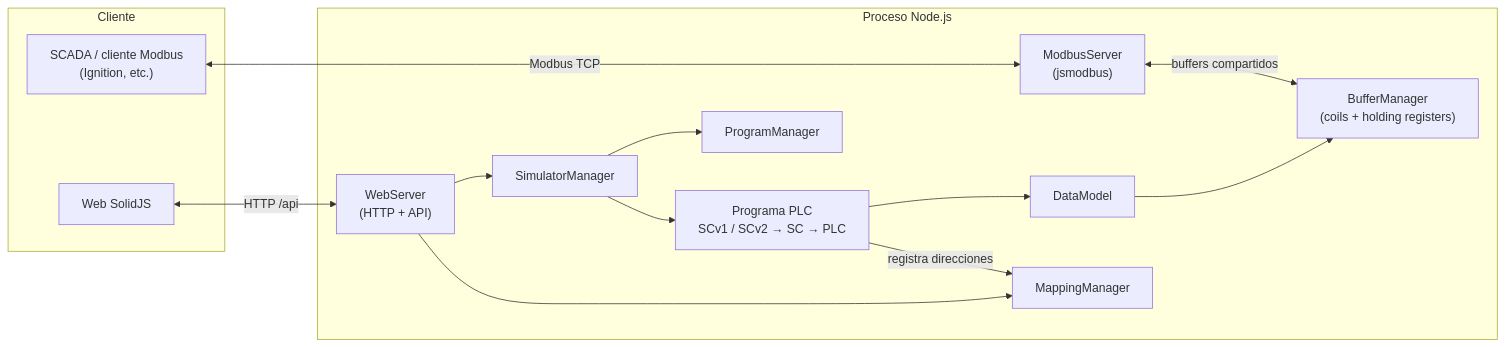
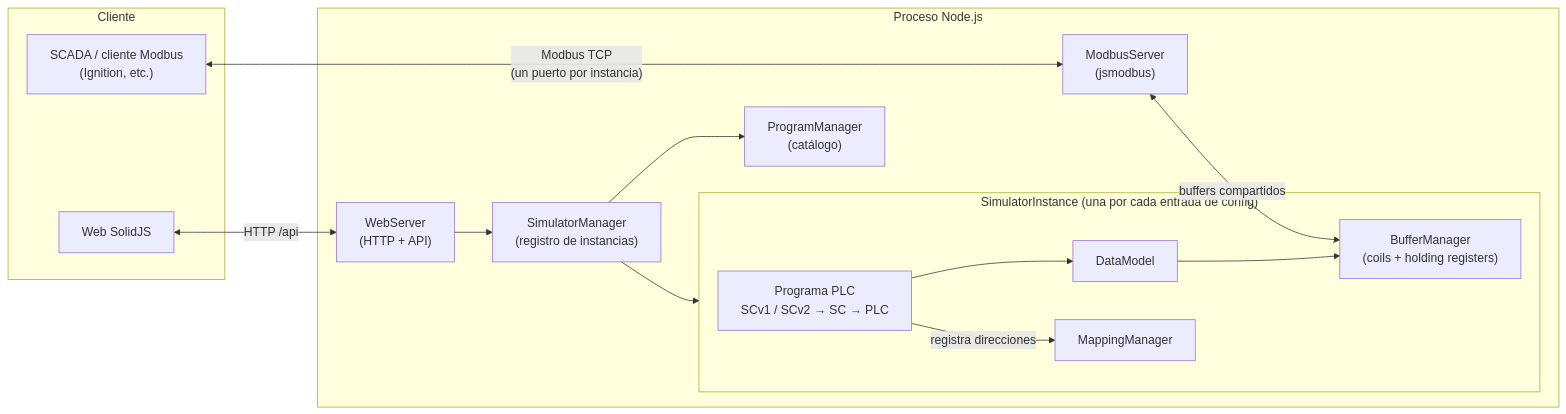
One commit to fissban/Simulador-PLC changed the first of 3 diagrams in README.md. Above: the diagram before and after it, drawn with Mermaid. The commit also changed other lines of this file and 20 other files, not shown here.

First line of the commit message:
feat: soportar múltiples instancias de PLC con servidor Modbus propio

````diff
--- a/README.md
+++ b/README.md
@@ -170,29 +193,30 @@
 ```mermaid
 flowchart LR
     subgraph Cliente
         SCADA["SCADA / cliente Modbus<br/>(Ignition, etc.)"]
         UI["Web SolidJS"]
     end
 
     subgraph Servidor["Proceso Node.js"]
         MB["ModbusServer<br/>(jsmodbus)"]
         WEB["WebServer<br/>(HTTP + API)"]
-        SIM["SimulatorManager"]
-        PM["ProgramManager"]
-        PLC["Programa PLC<br/>SCv1 / SCv2 → SC → PLC"]
-        DM["DataModel"]
-        MAP["MappingManager"]
-        BUF["BufferManager<br/>(coils + holding registers)"]
+        SIM["SimulatorManager<br/>(registro de instancias)"]
+        PM["ProgramManager<br/>(catálogo)"]
+        subgraph INST["SimulatorInstance (una por cada entrada de config)"]
+            PLC["Programa PLC<br/>SCv1 / SCv2 → SC → PLC"]
+            DM["DataModel"]
+            MAP["MappingManager"]
+            BUF["BufferManager<br/>(coils + holding registers)"]
+        end
     end
 
-    SCADA <-- "Modbus TCP" --> MB
+    SCADA <-- "Modbus TCP<br/>(un puerto por instancia)" --> MB
     UI <-- "HTTP /api" --> WEB
     MB <-- "buffers compartidos" --> BUF
     WEB --> SIM
-    WEB --> MAP
+    SIM --> INST
     SIM --> PM
-    SIM --> PLC
     PLC --> DM
     DM --> BUF
     PLC -- "registra direcciones" --> MAP
 ```
````
